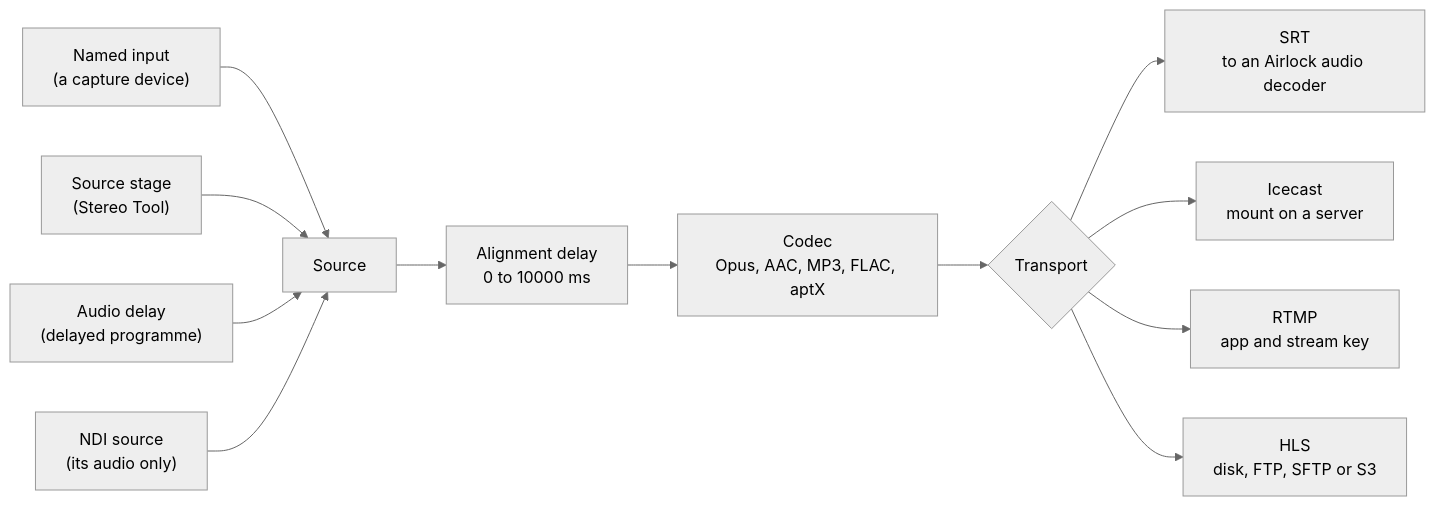
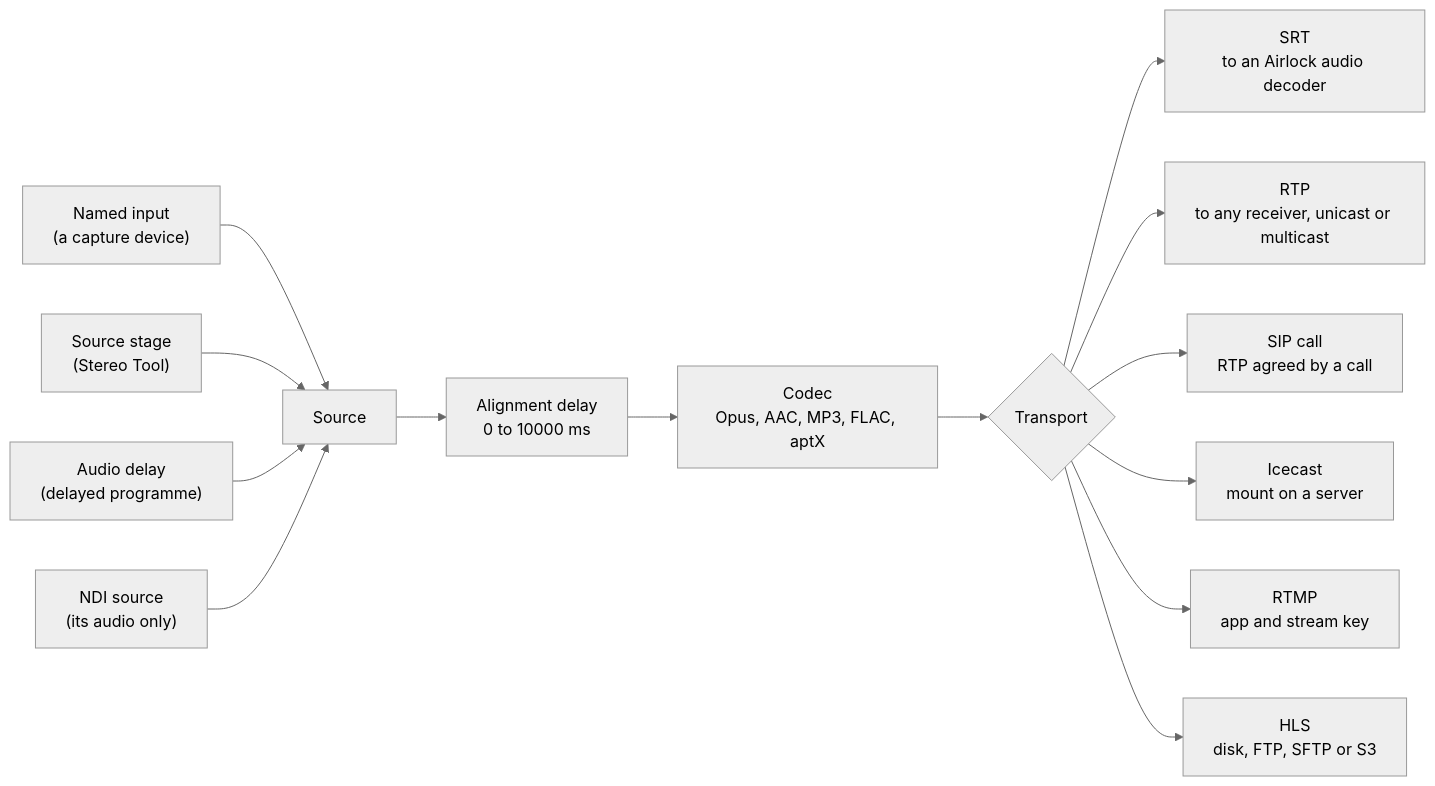
The diagram in docs/audio/encoders.md (cloudcastsystemsau/airlock-ndi2srt-manual), drawn with Mermaid (neutral theme) before and after one commit. The commit also changed other lines of this file and 17 other files, not shown here.

````diff
--- a/docs/audio/encoders.md
+++ b/docs/audio/encoders.md
@@ -11,14 +11,16 @@
 ```mermaid
 flowchart LR
   I["Named input<br/>(a capture device)"] --> S
   G["Source stage<br/>(Stereo Tool)"] --> S
   P["Audio delay<br/>(delayed programme)"] --> S
   N["NDI source<br/>(its audio only)"] --> S
   S["Source"] --> A["Alignment delay<br/>0 to 10000 ms"]
   A --> C["Codec<br/>Opus, AAC, MP3, FLAC, aptX"]
   C --> T{"Transport"}
   T --> T1["SRT<br/>to an Airlock audio decoder"]
+  T --> T5["RTP<br/>to any receiver, unicast or multicast"]
+  T --> T6["SIP call<br/>RTP agreed by a call"]
   T --> T2["Icecast<br/>mount on a server"]
   T --> T3["RTMP<br/>app and stream key"]
   T --> T4["HLS<br/>disk, FTP, SFTP or S3"]
 ```
````
